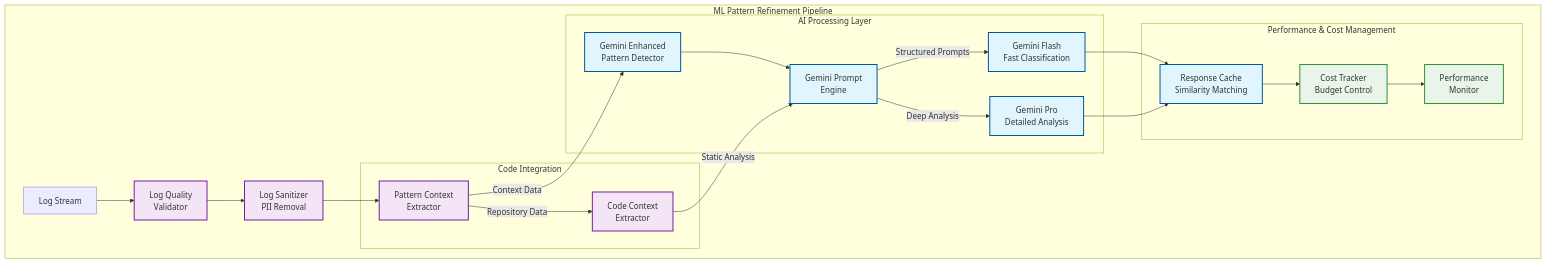
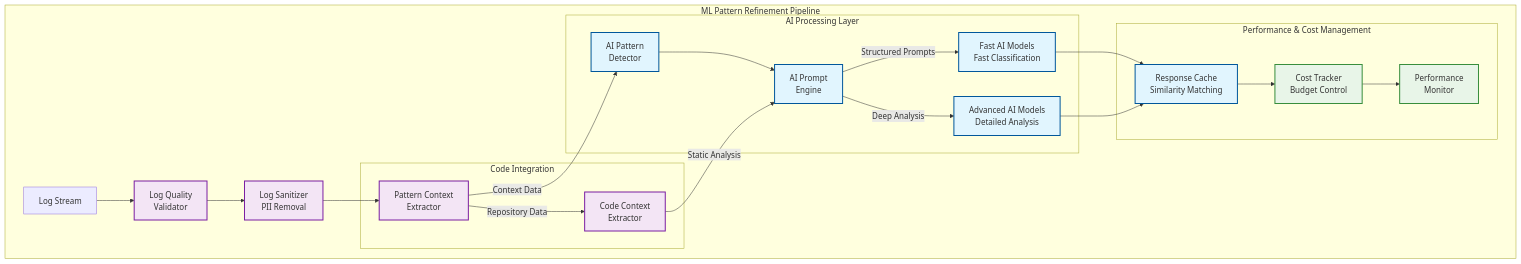
One commit to avivl/cloud-sre-agent changed the fifth of 5 diagrams in README.md. Above: the diagram before and after it, drawn with Mermaid. The commit also changed other lines of this file and 28 other files, not shown here.

````diff
--- a/README.md
+++ b/README.md
@@ -592,35 +608,35 @@
 ```mermaid
 graph TB
     subgraph "ML Pattern Refinement Pipeline"
         LS[Log Stream] --> LQV[Log Quality<br/>Validator]
         LQV --> LSan[Log Sanitizer<br/>PII Removal]
         LSan --> PCE[Pattern Context<br/>Extractor]
-        PCE --> |Context Data| GEPD[Gemini Enhanced<br/>Pattern Detector]
+        PCE --> |Context Data| GEPD[AI Pattern<br/>Detector]
 
         subgraph "AI Processing Layer"
-            GEPD --> GPE[Gemini Prompt<br/>Engine]
-            GPE --> |Structured Prompts| GF[Gemini Flash<br/>Fast Classification]
-            GPE --> |Deep Analysis| GP[Gemini Pro<br/>Detailed Analysis]
+            GEPD --> GPE[AI Prompt<br/>Engine]
+            GPE --> |Structured Prompts| GF[Fast AI Models<br/>Fast Classification]
+            GPE --> |Deep Analysis| GP[Advanced AI Models<br/>Detailed Analysis]
         end
 
         subgraph "Performance & Cost Management"
             GF --> GRC[Response Cache<br/>Similarity Matching]
             GP --> GRC
             GRC --> CT[Cost Tracker<br/>Budget Control]
             CT --> MPM[Performance<br/>Monitor]
         end
 
         subgraph "Code Integration"
             PCE --> |Repository Data| CCE[Code Context<br/>Extractor]
             CCE --> |Static Analysis| GPE
         end
     end
 
     classDef aiComponent fill:#e1f5fe,stroke:#01579b,stroke-width:2px
     classDef qualityComponent fill:#f3e5f5,stroke:#7b1fa2,stroke-width:2px
     classDef performanceComponent fill:#e8f5e8,stroke:#388e3c,stroke-width:2px
 
     class GPE,GEPD,GF,GP,GRC aiComponent
     class LQV,LSan,PCE,CCE qualityComponent
     class CT,MPM performanceComponent
 ```
````
